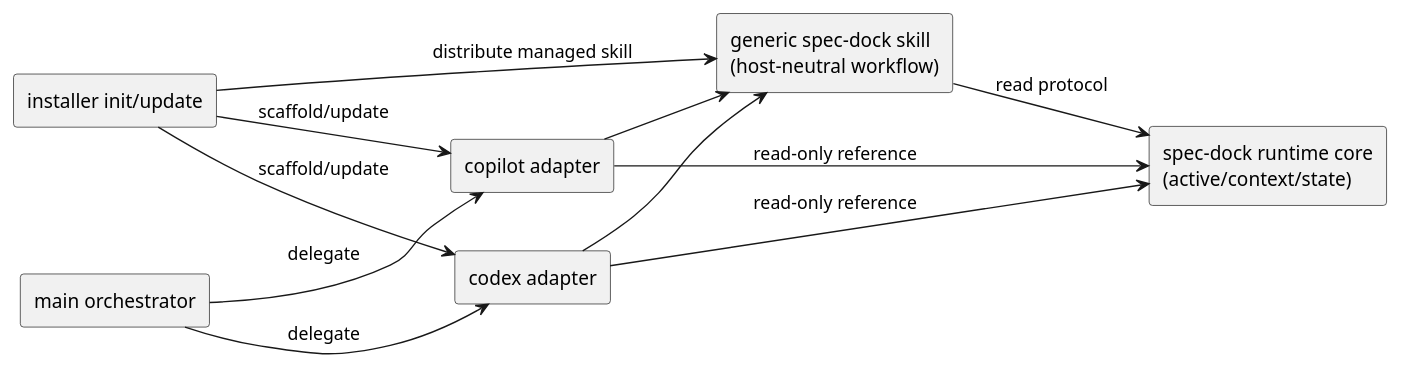
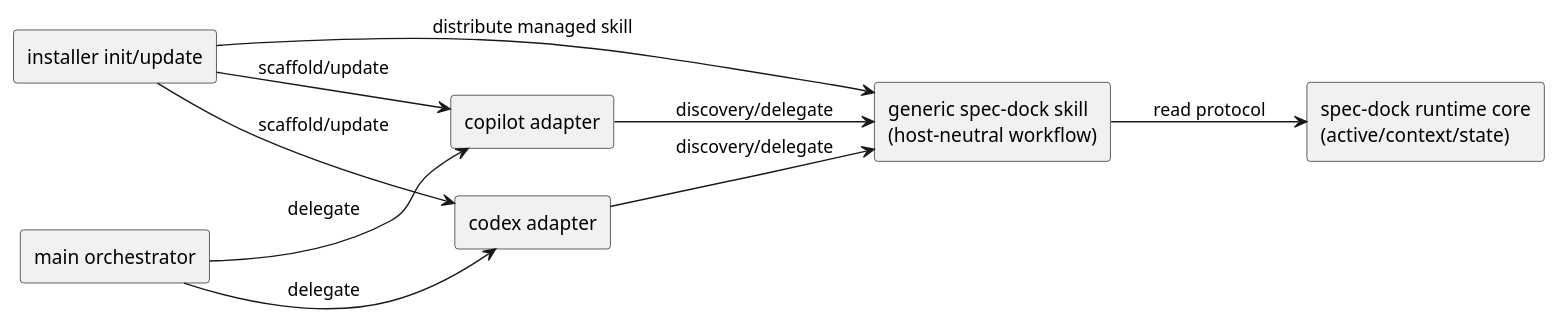
The first of 3 diagrams in spec-dock/initiatives/init-local-00002-prototype-feature-expansion/epics/epic-00048-agent-facing-interface-hardening-and-host-adapter-scaffolding/design.md (chemitaro/spec-dock), drawn with PlantUML before and after one commit. The commit also changed other lines of this file and 11 other files, not shown here.

````diff
--- a/spec-dock/initiatives/init-local-00002-prototype-feature-expansion/epics/epic-00048-agent-facing-interface-hardening-and-host-adapter-scaffolding/design.md
+++ b/spec-dock/initiatives/init-local-00002-prototype-feature-expansion/epics/epic-00048-agent-facing-interface-hardening-and-host-adapter-scaffolding/design.md
@@ -26,25 +27,23 @@
 ```plantuml
 @startuml
 skinparam monochrome true
 left to right direction
 
 rectangle "spec-dock runtime core\n(active/context/state)" as core
 rectangle "generic spec-dock skill\n(host-neutral workflow)" as skill
 rectangle "codex adapter" as codex
 rectangle "copilot adapter" as copilot
 rectangle "installer init/update" as installer
 rectangle "main orchestrator" as main
 
 installer --> skill : distribute managed skill
 installer --> codex : scaffold/update
 installer --> copilot : scaffold/update
 
 main --> codex : delegate
 main --> copilot : delegate
-codex --> skill
-copilot --> skill
+codex --> skill : discovery/delegate
+copilot --> skill : discovery/delegate
 skill --> core : read protocol
-codex --> core : read-only reference
-copilot --> core : read-only reference
 @enduml
 ```
````
